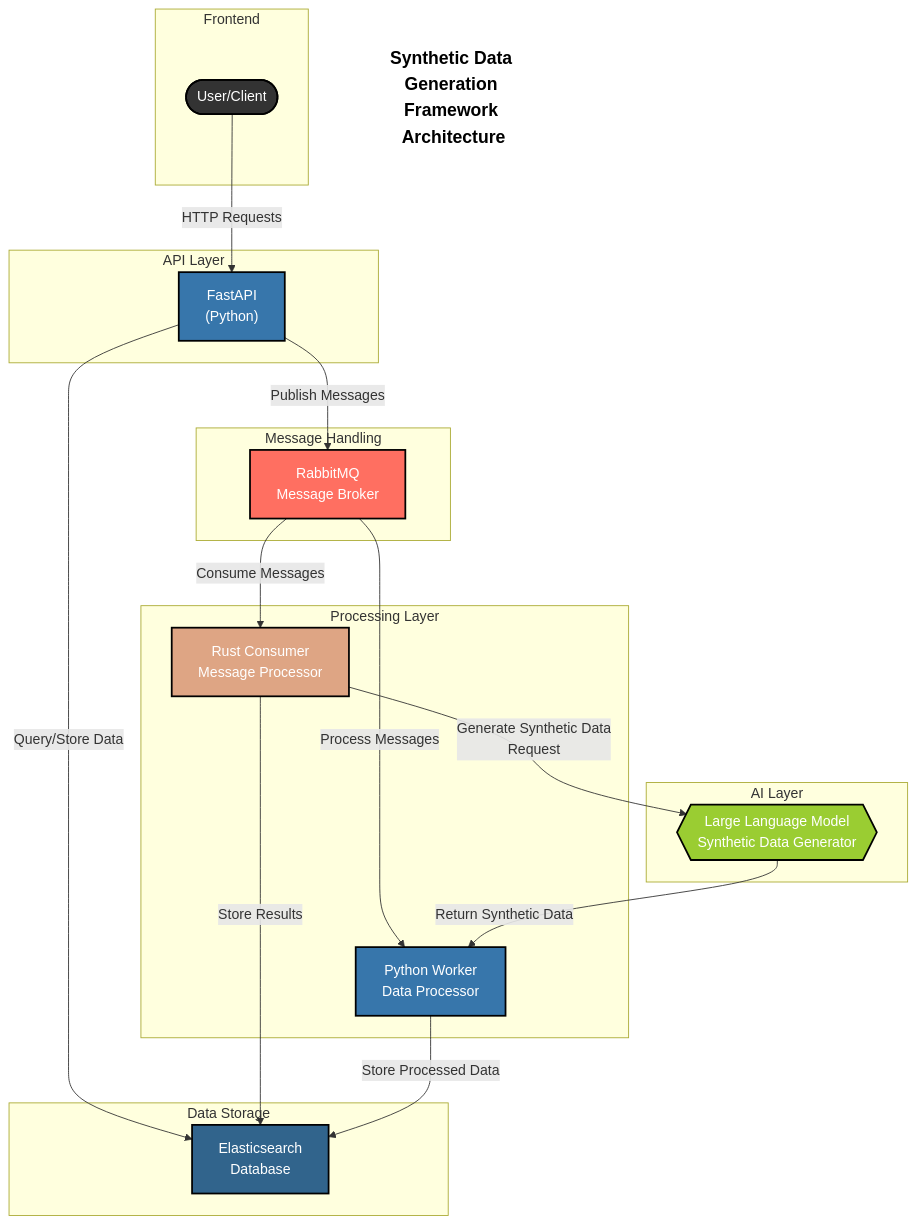
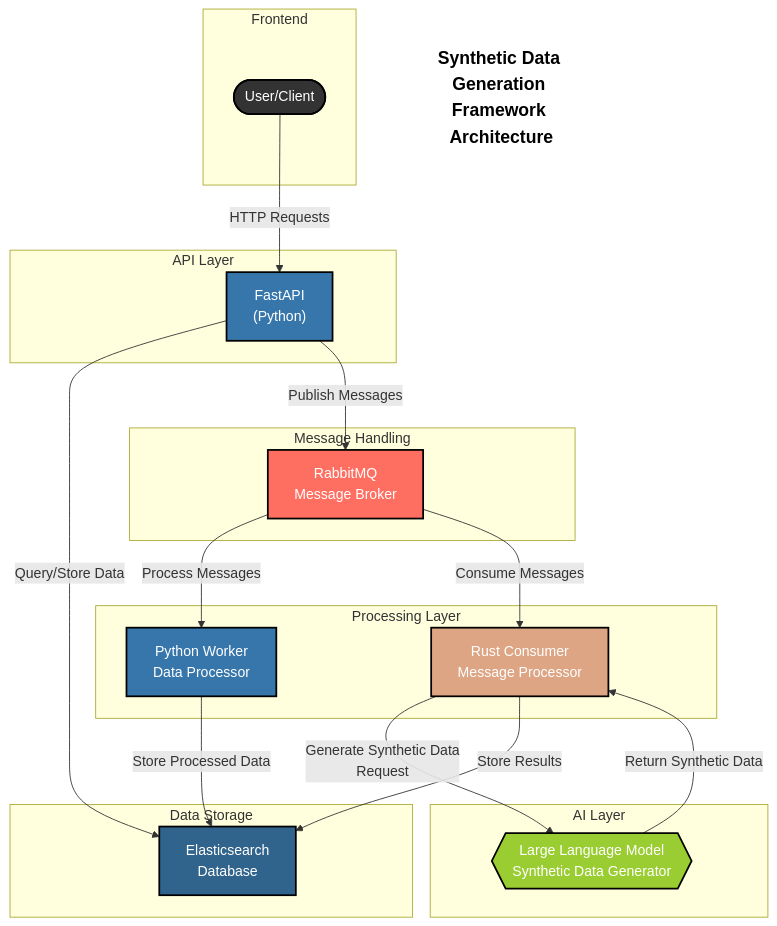
The diagram in ARCHITECTURE.md (nasirus/synthgen), drawn with Mermaid before and after one commit. The commit also changed 1 other file, not shown here.

Commit message:
Update data flow in architecture diagrams
- Modified ARCHITECTURE.md and README.md flowcharts
- Updated LLM return path to flow directly to consumer instead of worker
- Maintained consistent system architecture representation

````diff
--- a/ARCHITECTURE.md
+++ b/ARCHITECTURE.md
@@ -7,78 +7,78 @@
 ```mermaid
 flowchart TB
     %% Title
     classDef titleClass fill:none,stroke:none,color:black,font-size:20px,font-weight:bold
     title["Synthetic Data Generation Framework Architecture"]
     class title titleClass
     
     %% Component definitions with detailed labels
     client([User/Client])
     api["FastAPI
     (Python)"]
     rabbitmq["RabbitMQ
     Message Broker"]
     elasticsearch["Elasticsearch
     Database"]
     llm{{"Large Language Model
     Synthetic Data Generator"}}
     consumer["Rust Consumer
     Message Processor"]
     worker["Python Worker
     Data Processor"]
     
     %% Connections with descriptive labels
     client -->|"HTTP Requests"| api
     api -->|"Query/Store Data"| elasticsearch
     api -->|"Publish Messages"| rabbitmq
     rabbitmq -->|"Process Messages"| worker
     consumer -->|"Generate Synthetic Data
     Request"| llm
-    llm -->|"Return Synthetic Data"| worker
+    llm -->|"Return Synthetic Data"| consumer
     consumer -->|"Store Results"| elasticsearch
     rabbitmq -->|"Consume Messages"| consumer
     worker -->|"Store Processed Data"| elasticsearch
     
     %% Component styling
     classDef clientStyle fill:#333,stroke:#000,color:white,stroke-width:2px
     classDef apiStyle fill:#3776AB,stroke:#000,color:white,stroke-width:2px
     classDef dbStyle fill:#31648C,stroke:#000,color:white,stroke-width:2px
     classDef msgStyle fill:#FF6F61,stroke:#000,color:white,stroke-width:2px
     classDef llmStyle fill:#9ACD32,stroke:#000,color:white,stroke-width:2px
     classDef workerStyle fill:#3776AB,stroke:#000,color:white,stroke-width:2px
     classDef consumerStyle fill:#DEA584,stroke:#000,color:white,stroke-width:2px
     
     %% Apply styling
     class client clientStyle
     class api apiStyle
     class elasticsearch dbStyle
     class rabbitmq msgStyle
     class llm llmStyle
     class worker workerStyle
     class consumer consumerStyle
     
     %% Subgraphs for clearer organization
     subgraph Frontend
         client
     end
     
     subgraph "API Layer"
         api
     end
     
     subgraph "Data Storage"
         elasticsearch
     end
     
     subgraph "Message Handling"
         rabbitmq
     end
     
     subgraph "Processing Layer"
         worker
         consumer
     end
     
     subgraph "AI Layer"
         llm
     end
 ```
````
